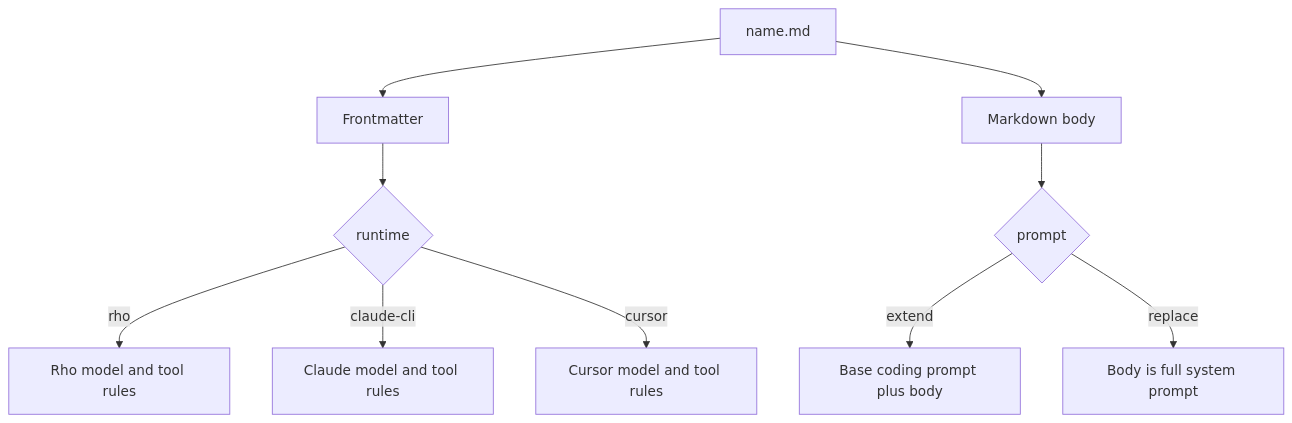
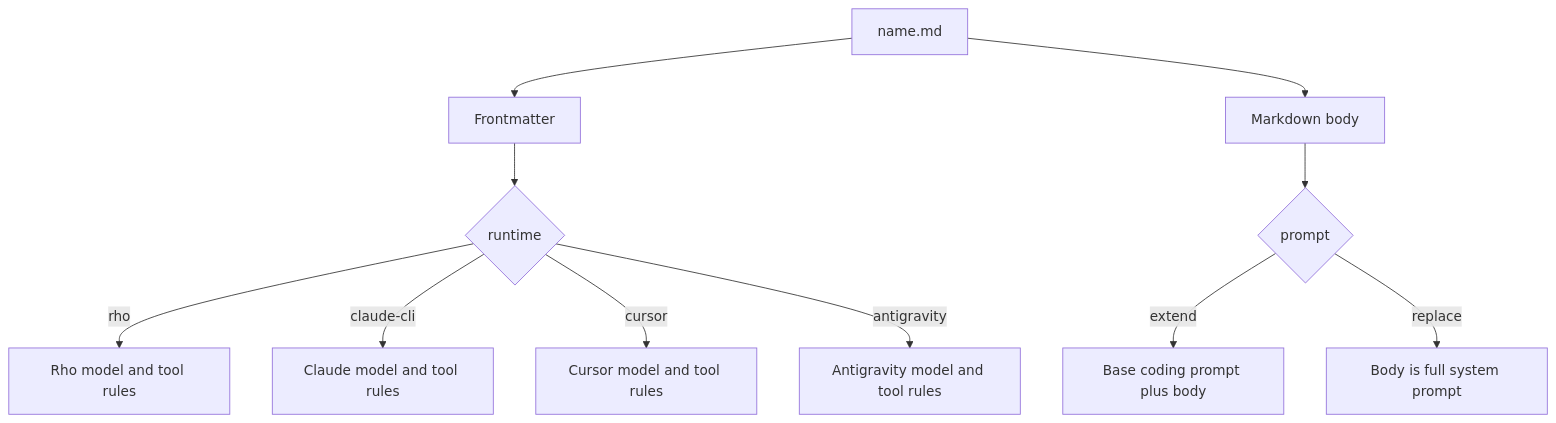
Before and after one commit to matthewyjiang/rho: the diagram in docs/subagents/definition-schema.md, drawn with Mermaid. The commit also changed other lines of this file and 77 other files, not shown here.

````diff
--- a/docs/subagents/definition-schema.md
+++ b/docs/subagents/definition-schema.md
@@ -7,12 +7,13 @@
 ```mermaid
 flowchart TD
     file[name.md] --> fm[Frontmatter]
     file --> body[Markdown body]
     fm --> runtime{runtime}
     runtime -->|rho| rhoRules[Rho model and tool rules]
     runtime -->|claude-cli| claudeRules[Claude model and tool rules]
     runtime -->|cursor| cursorRules[Cursor model and tool rules]
+    runtime -->|antigravity| agyRules[Antigravity model and tool rules]
     body --> prompt{prompt}
     prompt -->|extend| base[Base coding prompt plus body]
     prompt -->|replace| full[Body is full system prompt]
 ```
````
